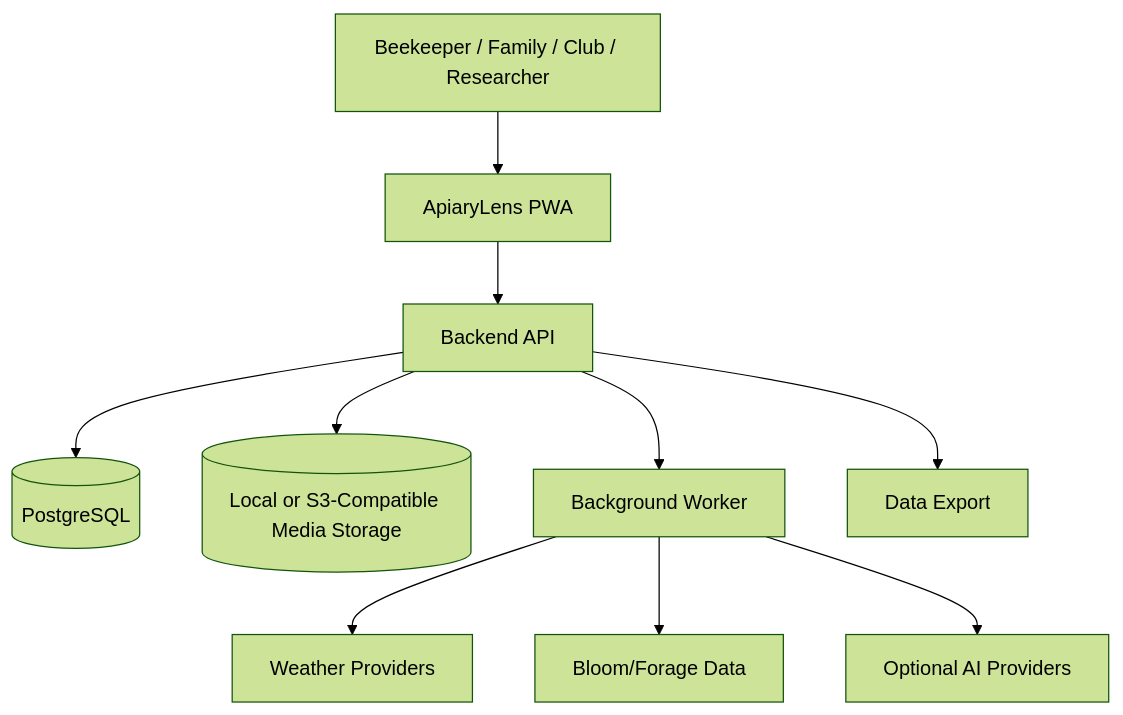
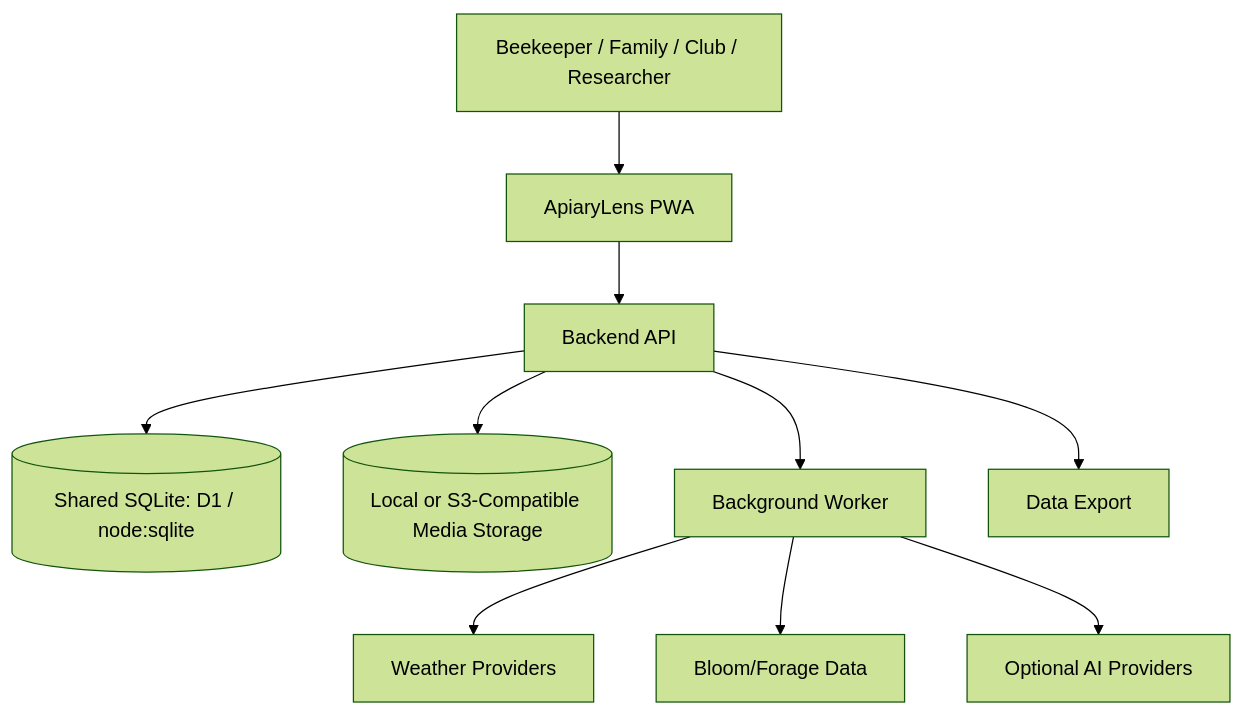
Before and after one commit to ApiaryLens/apiarylens: the diagram in docs/diagrams/system-context.mmd, drawn with Mermaid (forest theme). The commit also changed 5 other files, not shown here.

Commit message:
docs: update architecture and roadmap status

```diff
--- a/docs/diagrams/system-context.mmd
+++ b/docs/diagrams/system-context.mmd
@@ -1,10 +1,10 @@
 flowchart TD
     User[Beekeeper / Family / Club / Researcher] --> PWA[ApiaryLens PWA]
     PWA --> API[Backend API]
-    API --> DB[(PostgreSQL)]
+    API --> DB[(Shared SQLite: D1 / node:sqlite)]
     API --> Media[(Local or S3-Compatible Media Storage)]
     API --> Worker[Background Worker]
     Worker --> Weather[Weather Providers]
     Worker --> Bloom[Bloom/Forage Data]
     Worker --> AI[Optional AI Providers]
     API --> Export[Data Export]
```
